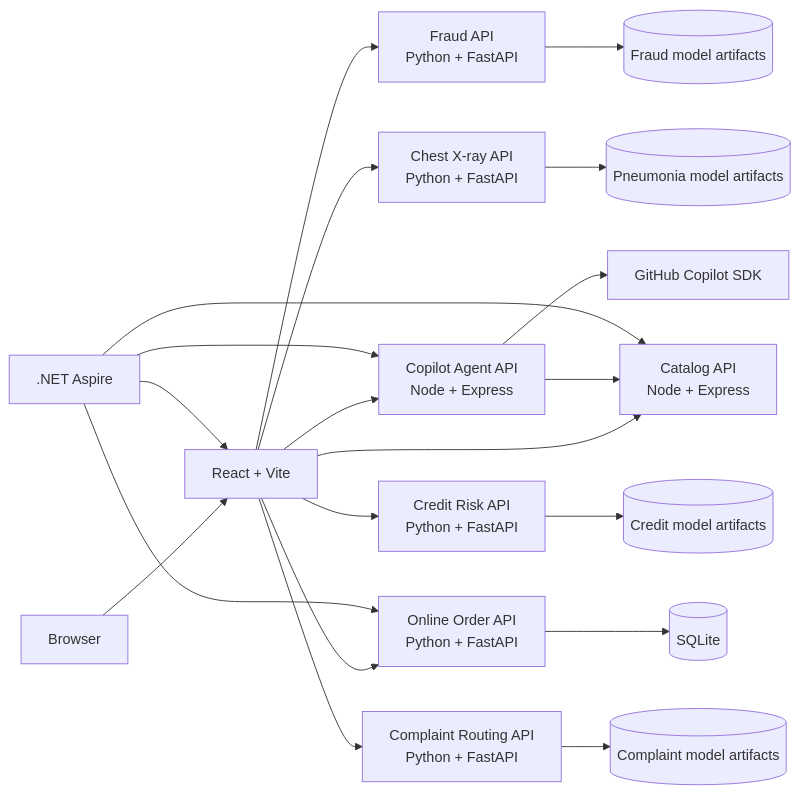
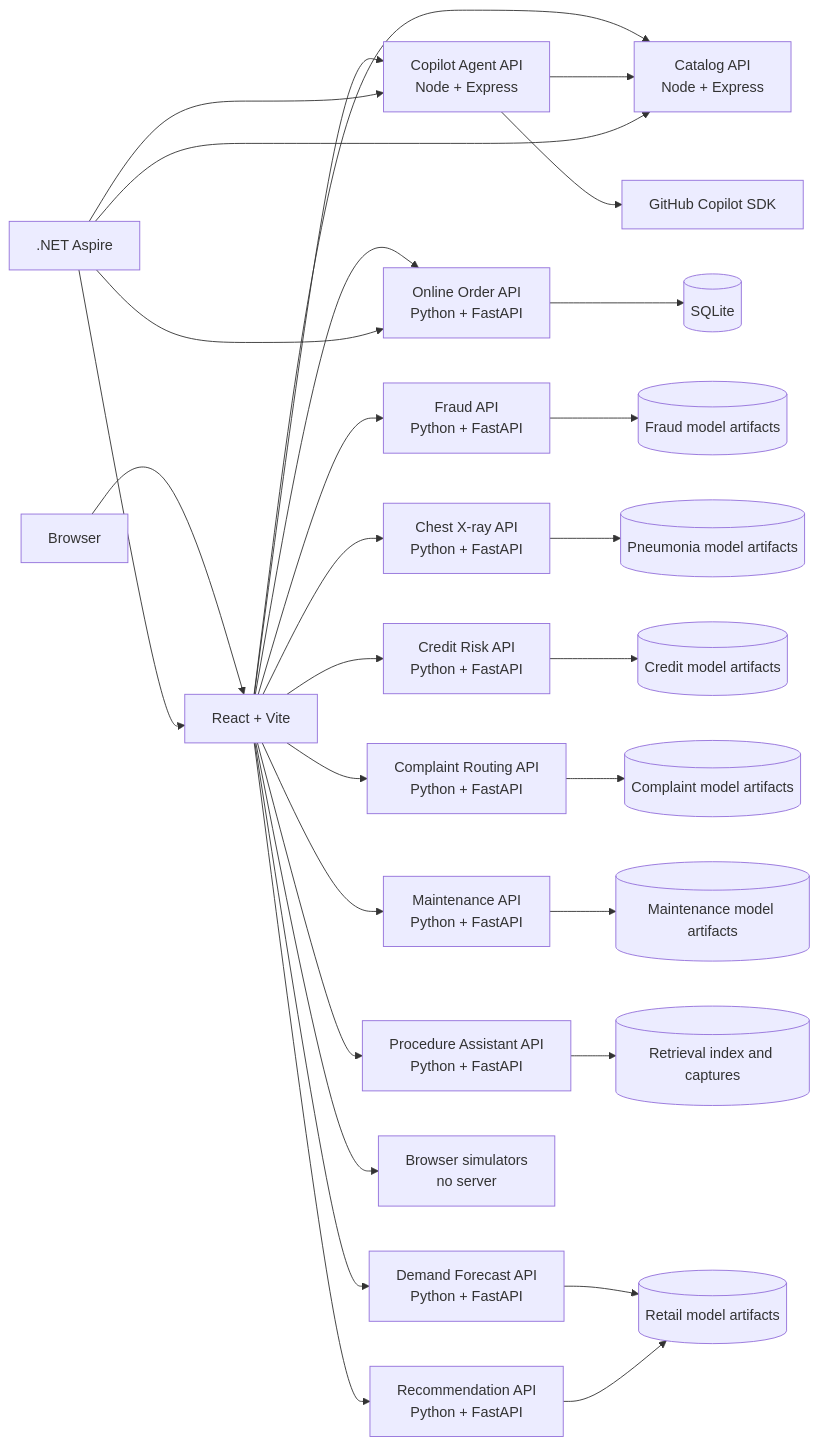
The diagram in README.md (maoyuexin/applied-ai-studio), drawn with Mermaid before and after one commit. The commit also changed other lines of this file and 35 other files, not shown here.

````diff
--- a/README.md
+++ b/README.md
@@ -40,22 +71,31 @@
 ```mermaid
 flowchart LR
     Browser[Browser] --> Web[React + Vite]
     Web --> Catalog[Catalog API<br/>Node + Express]
     Web --> Agent[Copilot Agent API<br/>Node + Express]
     Web --> Orders[Online Order API<br/>Python + FastAPI]
     Web --> Fraud[Fraud API<br/>Python + FastAPI]
     Web --> Pneumonia[Chest X-ray API<br/>Python + FastAPI]
     Web --> Credit[Credit Risk API<br/>Python + FastAPI]
     Web --> Complaints[Complaint Routing API<br/>Python + FastAPI]
+    Web --> Maintenance[Maintenance API<br/>Python + FastAPI]
+    Web --> Procedures[Procedure Assistant API<br/>Python + FastAPI]
+    Web --> Forecast[Demand Forecast API<br/>Python + FastAPI]
+    Web --> Recommend[Recommendation API<br/>Python + FastAPI]
+    Web --> Simulators[Browser simulators<br/>no server]
     Agent --> Copilot[GitHub Copilot SDK]
     Agent --> Catalog
     Orders --> SQLite[(SQLite)]
     Fraud --> FraudArtifacts[(Fraud model artifacts)]
     Pneumonia --> ImageArtifacts[(Pneumonia model artifacts)]
     Credit --> CreditArtifacts[(Credit model artifacts)]
     Complaints --> ComplaintArtifacts[(Complaint model artifacts)]
+    Maintenance --> PdmArtifacts[(Maintenance model artifacts)]
+    Procedures --> RagArtifacts[(Retrieval index and captures)]
+    Forecast --> RetailArtifacts[(Retail model artifacts)]
+    Recommend --> RetailArtifacts
     Aspire[.NET Aspire] --> Web
     Aspire --> Catalog
     Aspire --> Agent
     Aspire --> Orders
 ```
````
